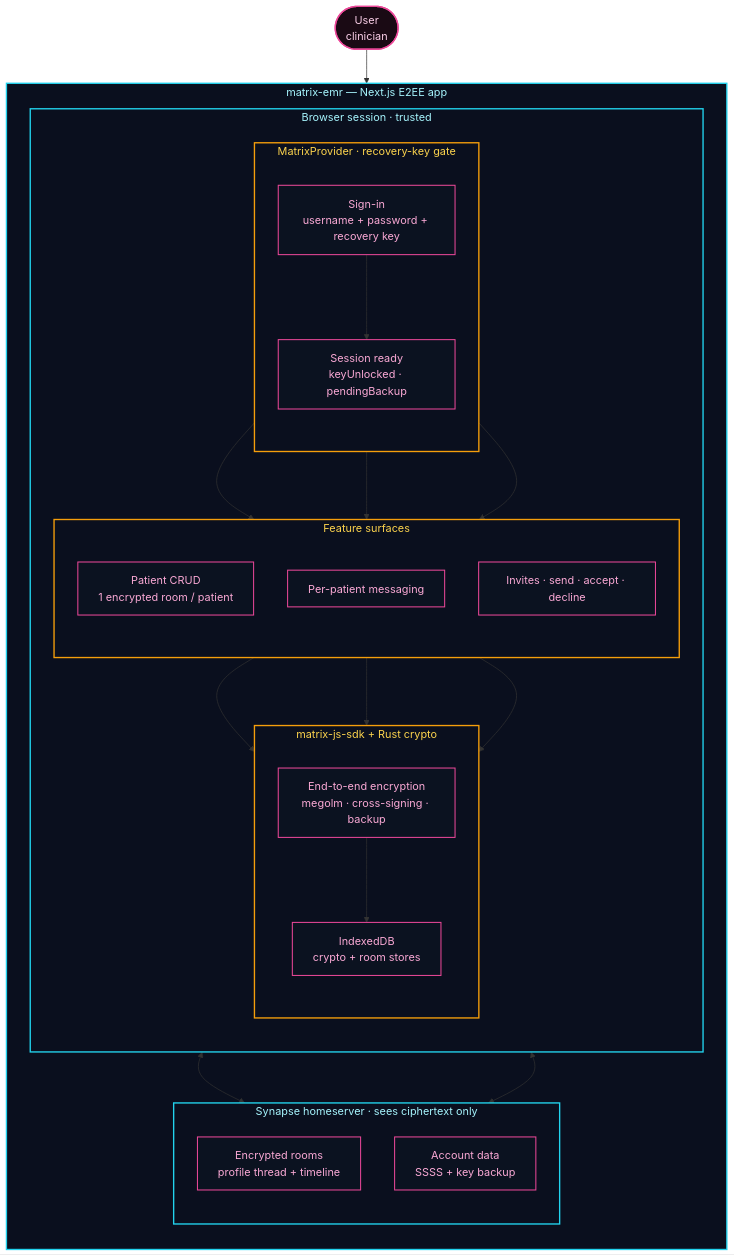
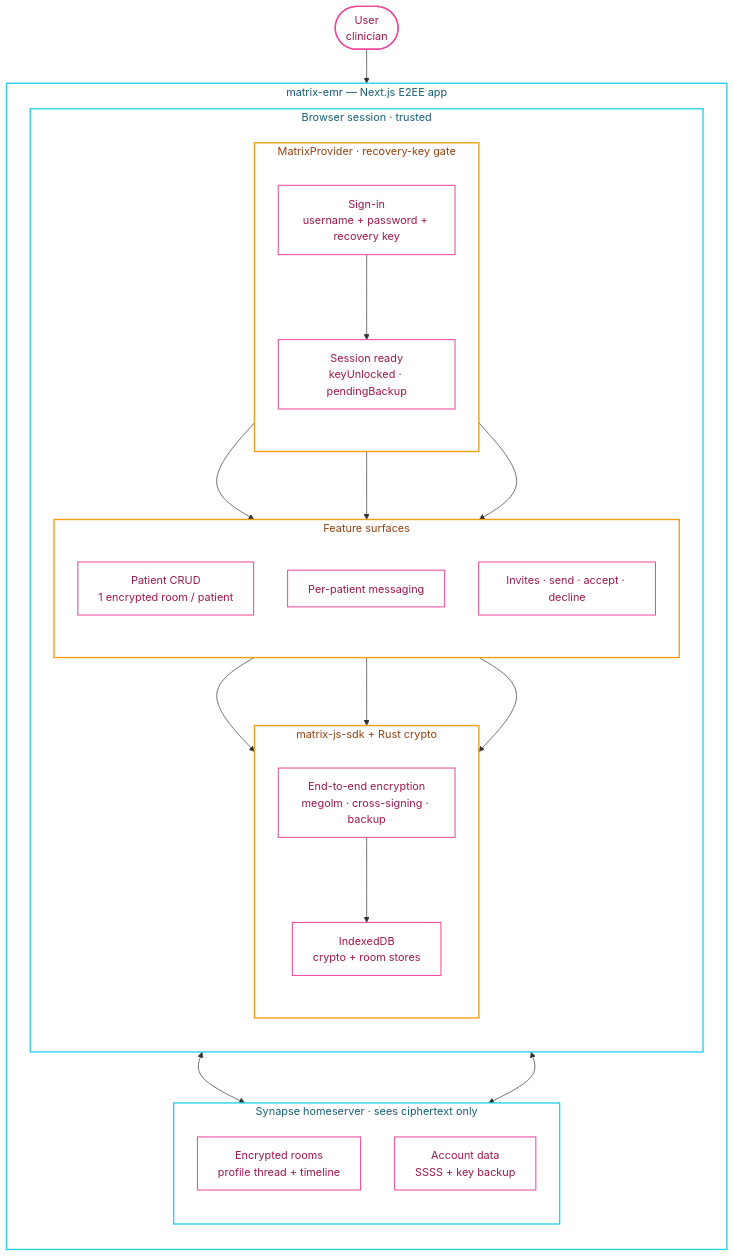
One commit to tini-works/e2ee-exploration changed the diagram in README.md. Above: the diagram before and after it, drawn with Mermaid. The commit also changed 1 other file, not shown here.

Commit message:
style: white background for architecture diagram
- README.md mermaid diagram: white fill with darker text colors for readability
- config.ts: update clinic user id

````diff
--- a/README.md
+++ b/README.md
@@ -9,59 +9,59 @@
 ```mermaid
 flowchart TB
     User(["User<br/>clinician"]):::userNode
 
     subgraph App["matrix-emr — Next.js E2EE app"]
         direction TB
 
         subgraph BrowserZone["Browser session · trusted"]
             direction TB
 
             subgraph Gate["MatrixProvider · recovery-key gate"]
                 direction TB
                 SignIn["Sign-in<br/>username + password + recovery key"]:::leaf
                 Ready["Session ready<br/>keyUnlocked · pendingBackup"]:::leaf
             end
 
             subgraph Sdk["matrix-js-sdk + Rust crypto"]
                 direction TB
                 Crypto["End-to-end encryption<br/>megolm · cross-signing · backup"]:::leaf
                 Store["IndexedDB<br/>crypto + room stores"]:::leaf
             end
 
             subgraph Features["Feature surfaces"]
                 direction TB
                 Patients["Patient CRUD<br/>1 encrypted room / patient"]:::leaf
                 Messaging["Per-patient messaging"]:::leaf
                 Invites["Invites · send · accept · decline"]:::leaf
             end
         end
 
         subgraph SynapseZone["Synapse homeserver · sees ciphertext only"]
             direction TB
             Rooms["Encrypted rooms<br/>profile thread + timeline"]:::leaf
             Account["Account data<br/>SSSS + key backup"]:::leaf
         end
     end
 
     User --> SignIn
     SignIn --> Ready
     Ready --> Patients
     Ready --> Messaging
     Ready --> Invites
     Patients --> Crypto
     Messaging --> Crypto
     Invites --> Crypto
     Crypto --> Store
     Crypto <--> Rooms
     Crypto <--> Account
 
-    classDef leaf fill:#0b1220,stroke:#ec4899,stroke-width:1.5px,color:#f9a8d4
-    classDef userNode fill:#1a0a14,stroke:#ec4899,stroke-width:2px,color:#fbcfe8
+    classDef leaf fill:#ffffff,stroke:#ec4899,stroke-width:1.5px,color:#9d174d
+    classDef userNode fill:#ffffff,stroke:#ec4899,stroke-width:2px,color:#9d174d
 
-    style App fill:#0a0f1e,stroke:#22d3ee,stroke-width:2px,color:#a5f3fc
-    style BrowserZone fill:#0a0f1e,stroke:#22d3ee,stroke-width:2px,color:#a5f3fc
-    style SynapseZone fill:#0a0f1e,stroke:#22d3ee,stroke-width:2px,color:#a5f3fc
-    style Gate fill:#0a0f1e,stroke:#f59e0b,stroke-width:2px,color:#fcd34d
-    style Sdk fill:#0a0f1e,stroke:#f59e0b,stroke-width:2px,color:#fcd34d
-    style Features fill:#0a0f1e,stroke:#f59e0b,stroke-width:2px,color:#fcd34d
+    style App fill:#ffffff,stroke:#22d3ee,stroke-width:2px,color:#155e75
+    style BrowserZone fill:#ffffff,stroke:#22d3ee,stroke-width:2px,color:#155e75
+    style SynapseZone fill:#ffffff,stroke:#22d3ee,stroke-width:2px,color:#155e75
+    style Gate fill:#ffffff,stroke:#f59e0b,stroke-width:2px,color:#92400e
+    style Sdk fill:#ffffff,stroke:#f59e0b,stroke-width:2px,color:#92400e
+    style Features fill:#ffffff,stroke:#f59e0b,stroke-width:2px,color:#92400e
 ```
````
